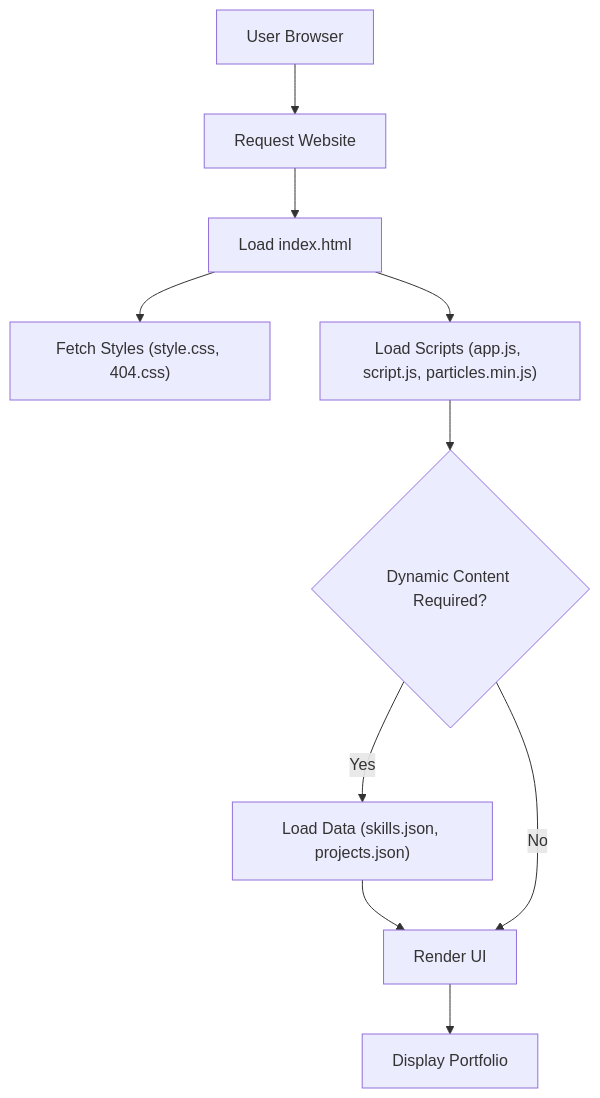
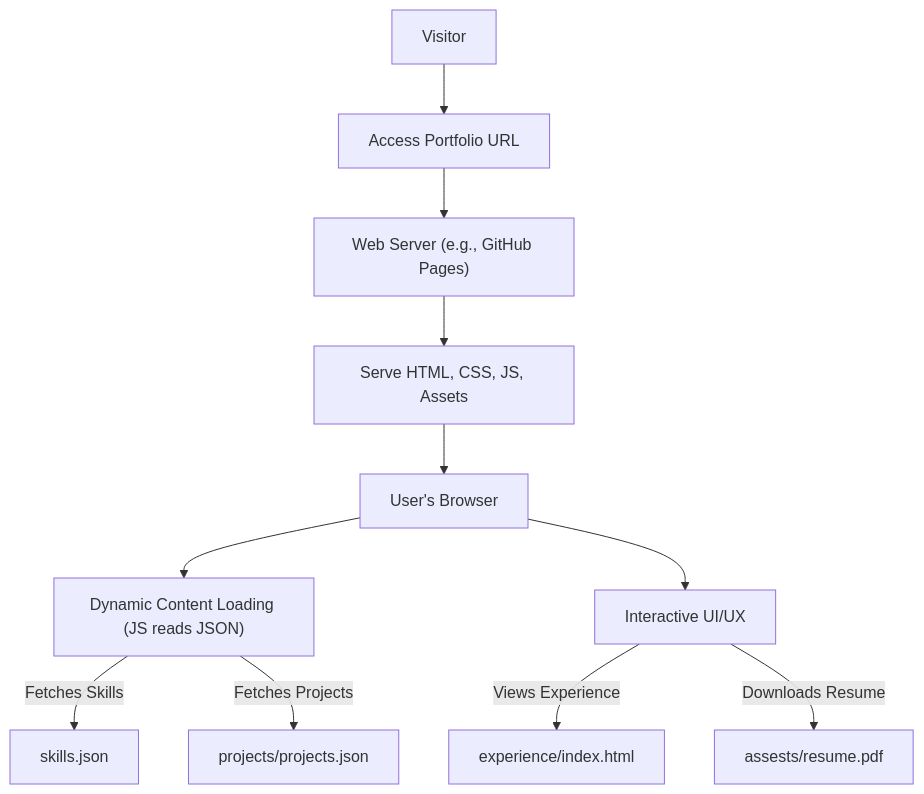
Before and after one commit to helper-one/portfolio_website: the diagram in README.md, drawn with Mermaid. The commit also changed other lines of this file, not shown here.

````diff
--- a/README.md
+++ b/README.md
@@ -49,12 +39,13 @@
 ```mermaid
 graph TD
-    A["User Browser"] --> B["Request Website"];
-    B --> C["Load index.html"];
-    C --> D["Fetch Styles (style.css, 404.css)"];
-    C --> E["Load Scripts (app.js, script.js, particles.min.js)"];
-    E --> F{"Dynamic Content Required?"};
-    F -- Yes --> G["Load Data (skills.json, projects.json)"];
-    G --> H["Render UI"];
-    F -- No --> H;
-    H --> I["Display Portfolio"];
+    A["Visitor"] --> B["Access Portfolio URL"];
+    B --> C["Web Server (e.g., GitHub Pages)"];
+    C --> D["Serve HTML, CSS, JS, Assets"];
+    D --> E["User's Browser"];
+    E --> F["Dynamic Content Loading (JS reads JSON)"];
+    F -- "Fetches Skills" --> G["skills.json"];
+    F -- "Fetches Projects" --> H["projects/projects.json"];
+    E --> I["Interactive UI/UX"];
+    I -- "Views Experience" --> J["experience/index.html"];
+    I -- "Downloads Resume" --> K["assests/resume.pdf"];
 ```
````
